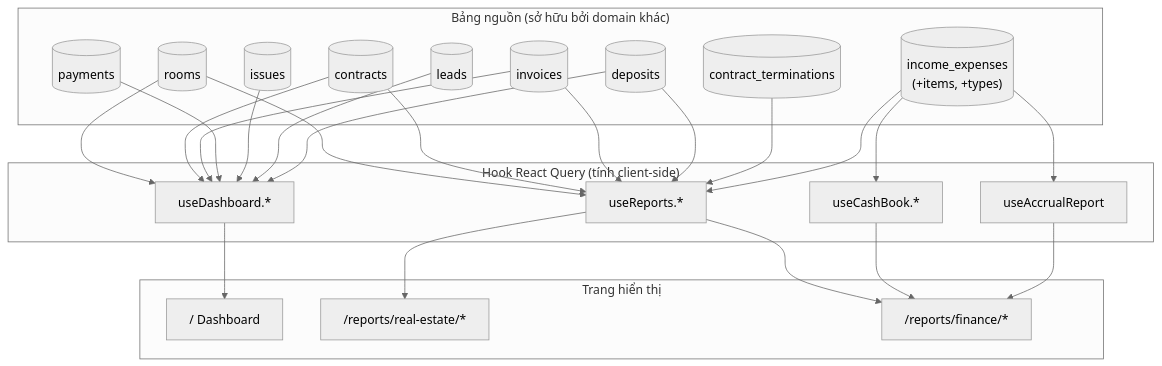
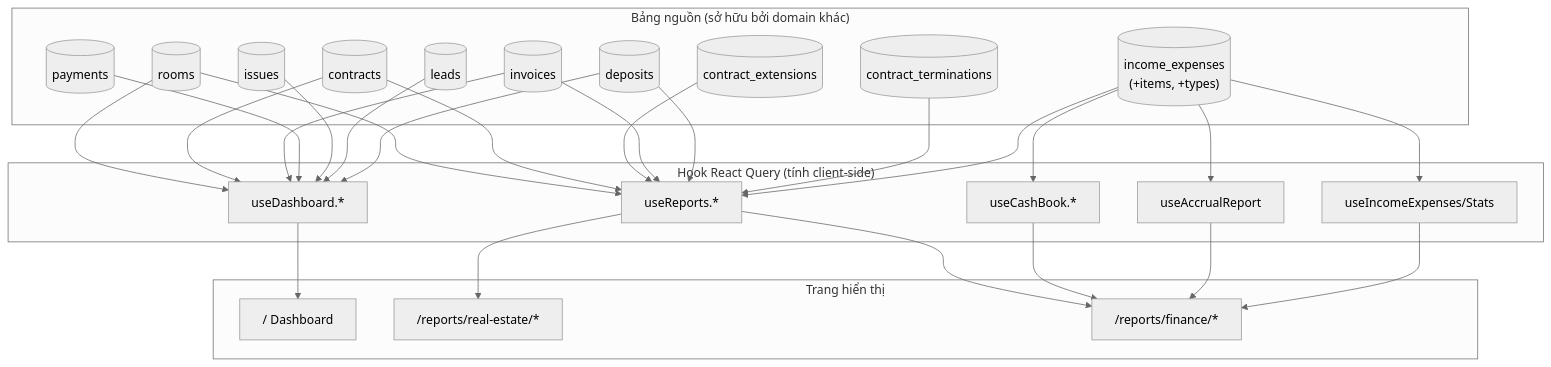
One commit to zxGreenxz/whiteboard-ihomecrm changed the second of 4 diagrams in docs/he-thong/13-bao-cao-dashboard-thong-bao.md. Above: the diagram before and after it, drawn with Mermaid (neutral theme). The commit also changed other lines of this file and 17 other files, not shown here.

````diff
--- a/docs/he-thong/13-bao-cao-dashboard-thong-bao.md
+++ b/docs/he-thong/13-bao-cao-dashboard-thong-bao.md
@@ -163,42 +182,46 @@
 ```mermaid
 flowchart TD
     subgraph Nguon["Bảng nguồn (sở hữu bởi domain khác)"]
         rooms[("rooms")]
         contracts[("contracts")]
+        extensions[("contract_extensions")]
         invoices[("invoices")]
         payments[("payments")]
         ie[("income_expenses<br/>(+items, +types)")]
         deposits[("deposits")]
         issues[("issues")]
         leads[("leads")]
         terms[("contract_terminations")]
     end
 
     subgraph Hooks["Hook React Query (tính client-side)"]
         useDash["useDashboard.*"]
         useRep["useReports.*"]
         useCash["useCashBook.*"]
         useAcc["useAccrualReport"]
+        useIE["useIncomeExpenses/Stats"]
     end
 
     subgraph Trang["Trang hiển thị"]
         dash["/ Dashboard"]
         reRE["/reports/real-estate/*"]
         reFIN["/reports/finance/*"]
     end
 
     rooms --> useDash & useRep
     contracts --> useDash & useRep
+    extensions --> useRep
     invoices --> useDash & useRep
     payments --> useDash
     issues --> useDash
     leads --> useDash
     deposits --> useRep & useDash
     terms --> useRep
-    ie --> useCash & useAcc & useRep
+    ie --> useCash & useAcc & useRep & useIE
 
     useDash --> dash
     useRep --> reRE & reFIN
     useCash --> reFIN
     useAcc --> reFIN
+    useIE --> reFIN
 ```
````
